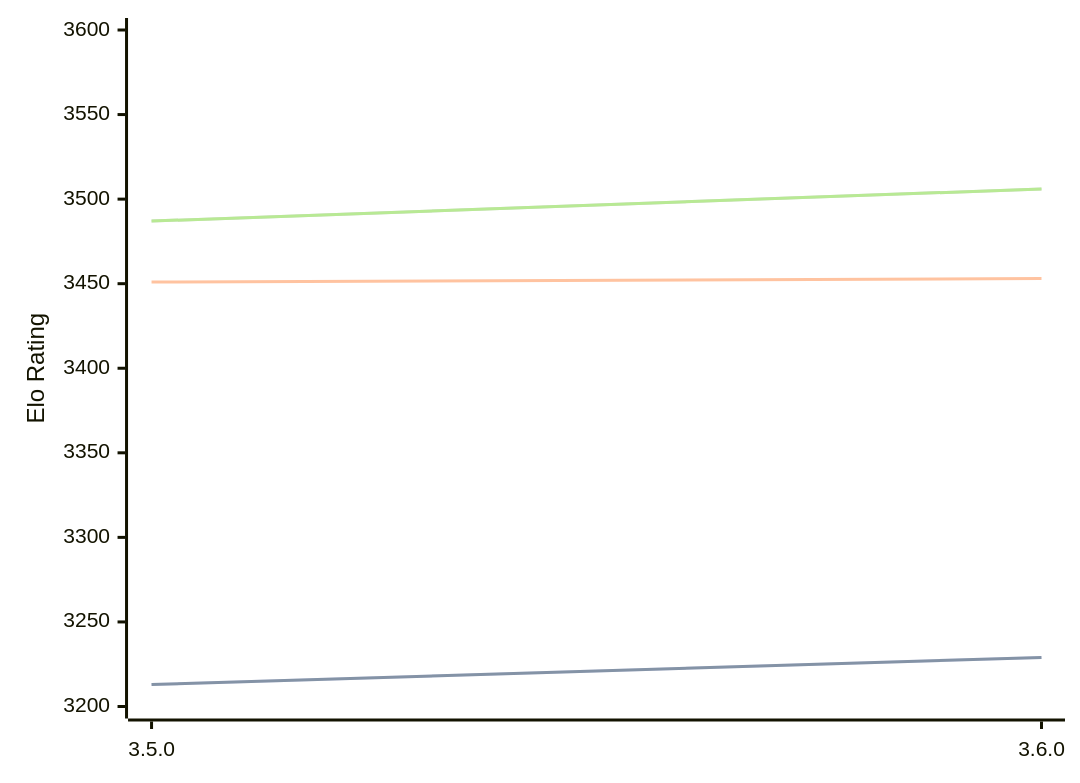
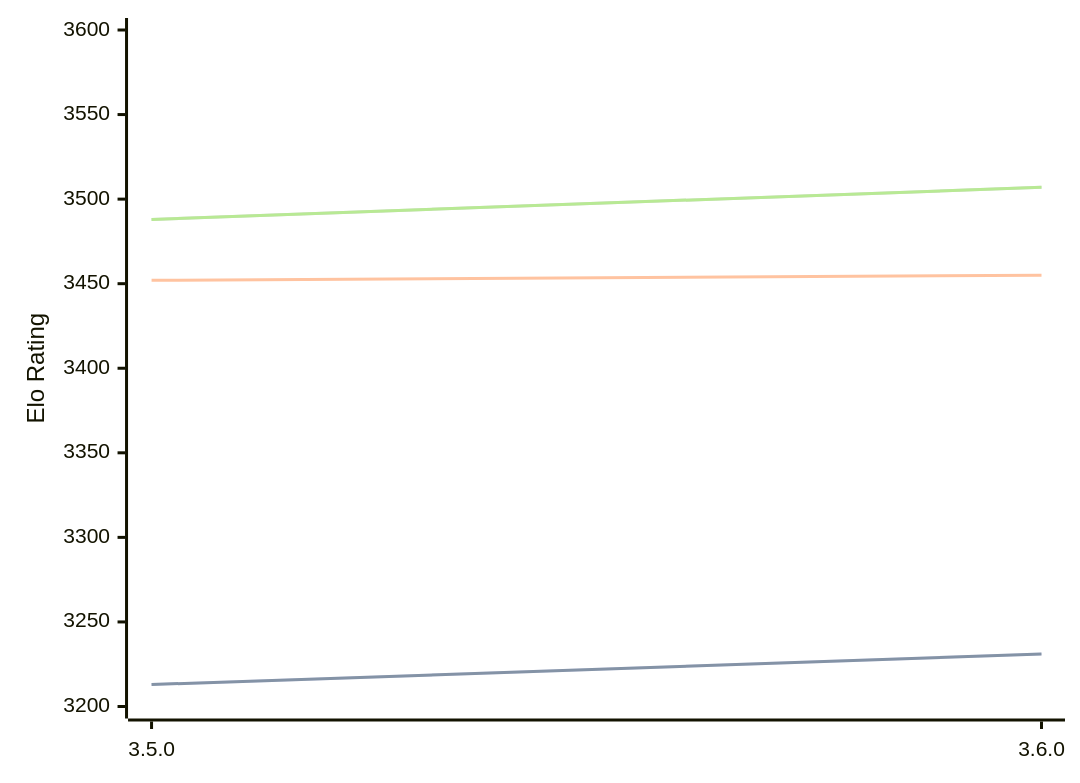
One commit to computer-chess-index/cci changed the diagram in engines/Igel.md. Above: the diagram before and after it, drawn with Mermaid. The commit also changed other lines of this file, not shown here.

Commit message:
Update CCI Ratings (ELO VLTC) - 2026-05-14

````diff
--- a/engines/Igel.md
+++ b/engines/Igel.md
@@ -68,11 +68,11 @@
 ```mermaid
 %%{init: {"theme":"base","themeVariables":{"seriesColors:['#a3a3a3','#222221','#faa371']}}}%%
 xychart-beta
   x-axis ["3.5.0", "3.6.0"]
   y-axis "Elo Rating" 3200 --> 3600
-  line "STC (8.0+0.08s)" [3213, 3229]
-  line "STC (8.0+0.08s)" [3213, 3229]
-  line "LTC (60.0+0.60s)" [3451, 3453]
-  line "VLTC (2m24s+1.12s)" [3487, 3506]
-  line "VLTC (2m24s+1.12s)" [3487, 3506]
+  line "STC (8.0+0.08s)" [3213, 3231]
+  line "STC (8.0+0.08s)" [3213, 3231]
+  line "LTC (60.0+0.60s)" [3452, 3455]
+  line "VLTC (2m24s+1.12s)" [3488, 3507]
+  line "VLTC (2m24s+1.12s)" [3488, 3507]
 ```
````
